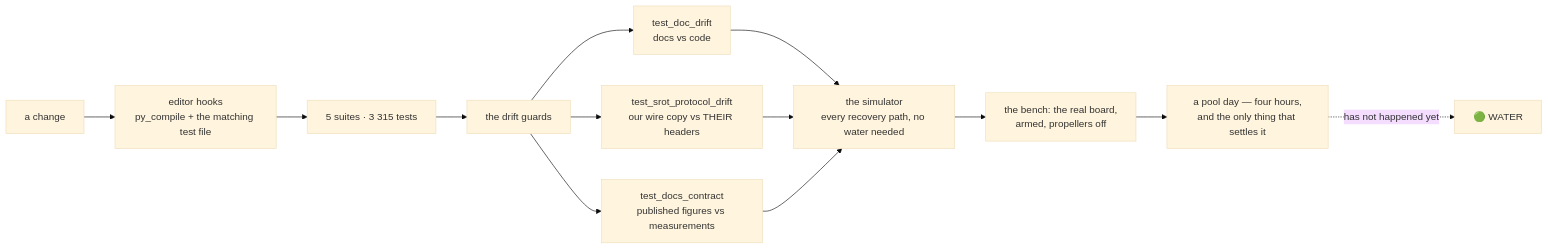
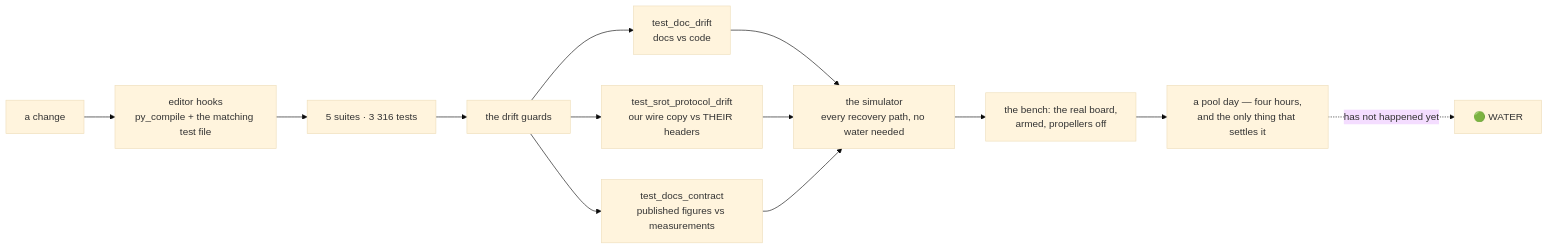
Diagram 11 of 12 in README.md (fh1m/duburi_ws), drawn with Mermaid (base theme) before and after one commit. The commit also changed other lines of this file and 5 other files, not shown here.

````diff
--- a/README.md
+++ b/README.md
@@ -684,15 +684,15 @@
 ```mermaid
 flowchart LR
     DEV["a change"] --> HOOK["editor hooks<br/>py_compile + the matching test file"]
-    HOOK --> UNIT["5 suites · 3 315 tests"]
+    HOOK --> UNIT["5 suites · 3 316 tests"]
     UNIT --> GUARD["the drift guards"]
     GUARD --> G1["test_doc_drift<br/>docs vs code"]
     GUARD --> G2["test_srot_protocol_drift<br/>our wire copy vs THEIR headers"]
     GUARD --> G3["test_docs_contract<br/>published figures vs measurements"]
     G1 --> SIM["the simulator<br/>every recovery path, no water needed"]
     G2 --> SIM
     G3 --> SIM
     SIM --> BENCH["the bench: the real board,<br/>armed, propellers off"]
     BENCH --> POOL["a pool day — four hours,<br/>and the only thing that settles it"]
     POOL -.->|"has not happened yet"| WATER["🟢 WATER"]
 ```
````
